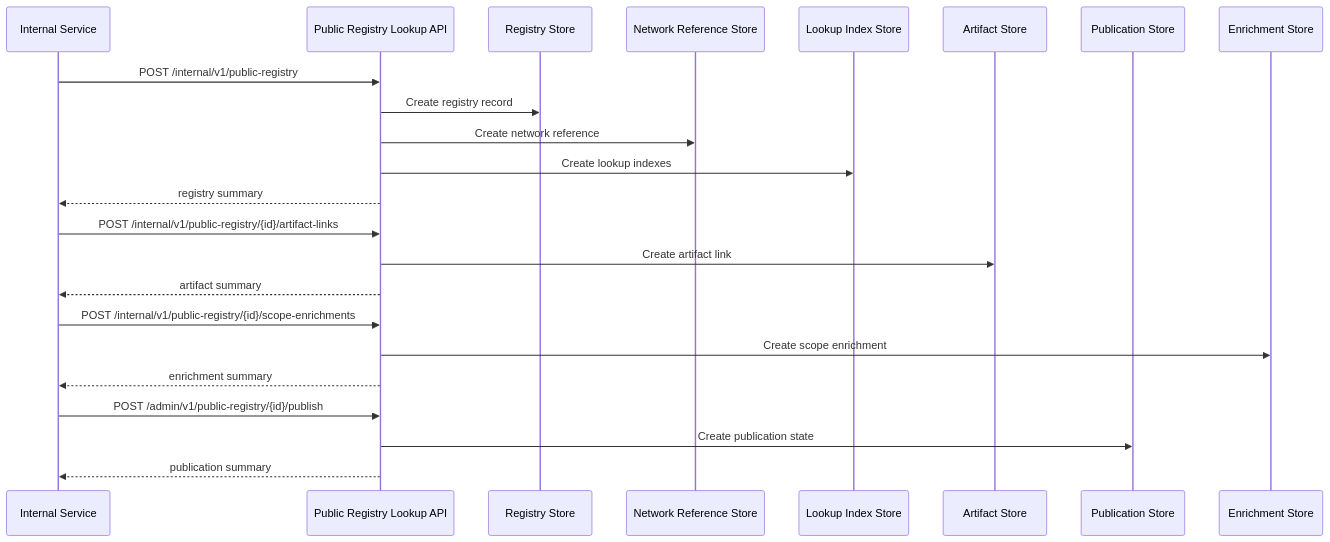
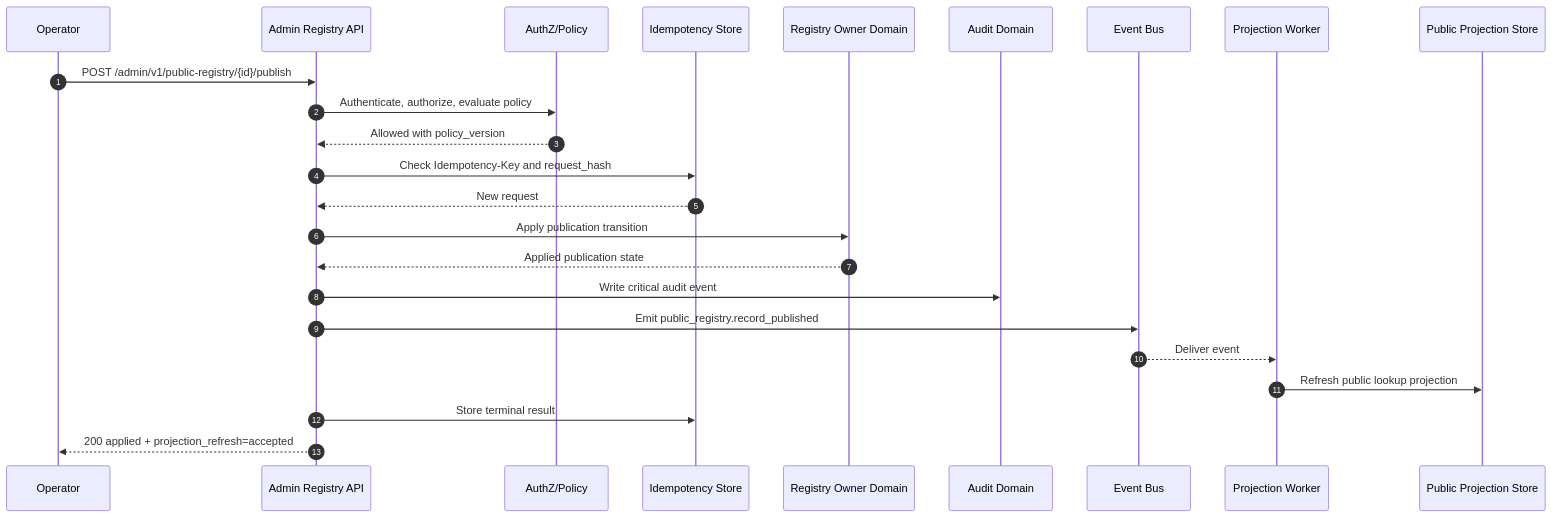
Before and after one commit to fuze-ac/api-specs: the fourth of 4 diagrams in PUBLIC_REGISTRY_LOOKUP_API_SPEC.md, drawn with Mermaid. The commit also changed other lines of this file and 50 other files, not shown here.

````diff
--- a/PUBLIC_REGISTRY_LOOKUP_API_SPEC.md
+++ b/PUBLIC_REGISTRY_LOOKUP_API_SPEC.md
@@ -1159,29 +628,27 @@
 ```mermaid
 sequenceDiagram
-    participant S as Internal Service
-    participant API as Public Registry Lookup API
-    participant R as Registry Store
-    participant N as Network Reference Store
-    participant L as Lookup Index Store
-    participant A as Artifact Store
-    participant P as Publication Store
-    participant E as Enrichment Store
+  autonumber
+  participant Admin as Operator
+  participant API as Admin Registry API
+  participant Auth as AuthZ/Policy
+  participant Idem as Idempotency Store
+  participant Reg as Registry Owner Domain
+  participant Audit as Audit Domain
+  participant Bus as Event Bus
+  participant Worker as Projection Worker
+  participant View as Public Projection Store
 
-    S->>API: POST /internal/v1/public-registry
-    API->>R: Create registry record
-    API->>N: Create network reference
-    API->>L: Create lookup indexes
-    API-->>S: registry summary
-
-    S->>API: POST /internal/v1/public-registry/{id}/artifact-links
-    API->>A: Create artifact link
-    API-->>S: artifact summary
-
-    S->>API: POST /internal/v1/public-registry/{id}/scope-enrichments
-    API->>E: Create scope enrichment
-    API-->>S: enrichment summary
-
-    S->>API: POST /admin/v1/public-registry/{id}/publish
-    API->>P: Create publication state
-    API-->>S: publication summary
+  Admin->>API: POST /admin/v1/public-registry/{id}/publish
+  API->>Auth: Authenticate, authorize, evaluate policy
+  Auth-->>API: Allowed with policy_version
+  API->>Idem: Check Idempotency-Key and request_hash
+  Idem-->>API: New request
+  API->>Reg: Apply publication transition
+  Reg-->>API: Applied publication state
+  API->>Audit: Write critical audit event
+  API->>Bus: Emit public_registry.record_published
+  Bus-->>Worker: Deliver event
+  Worker->>View: Refresh public lookup projection
+  API->>Idem: Store terminal result
+  API-->>Admin: 200 applied + projection_refresh=accepted
 ```
````
